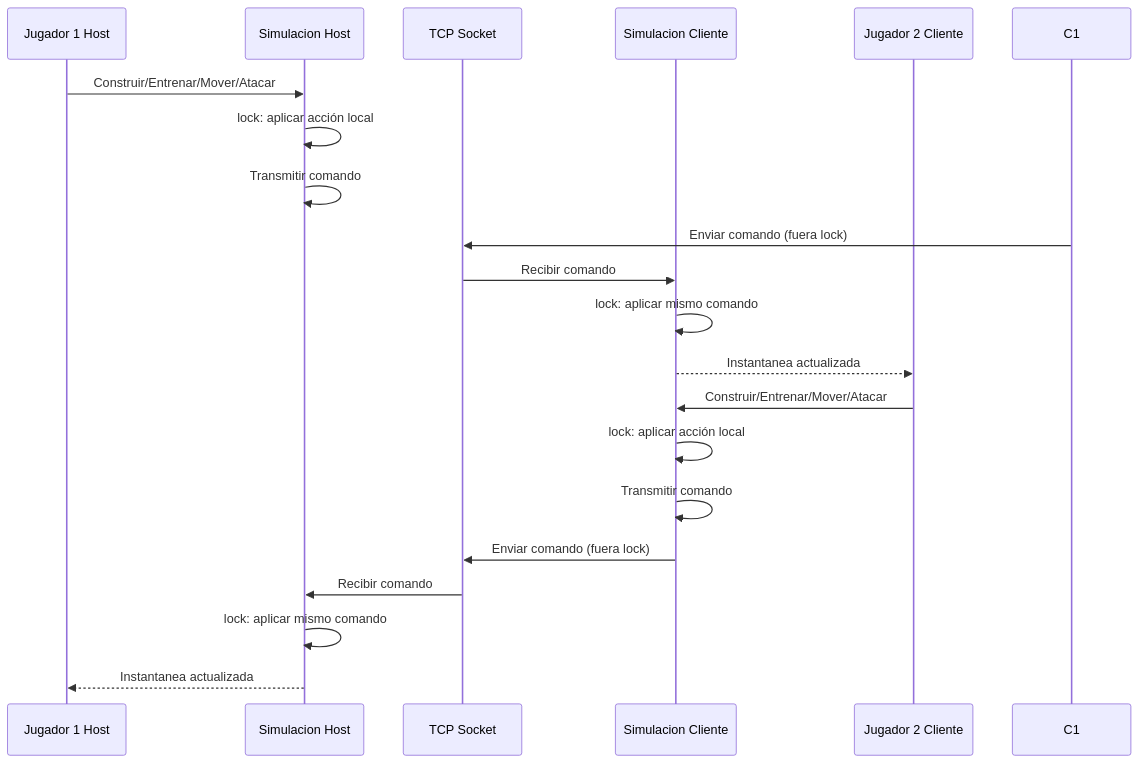
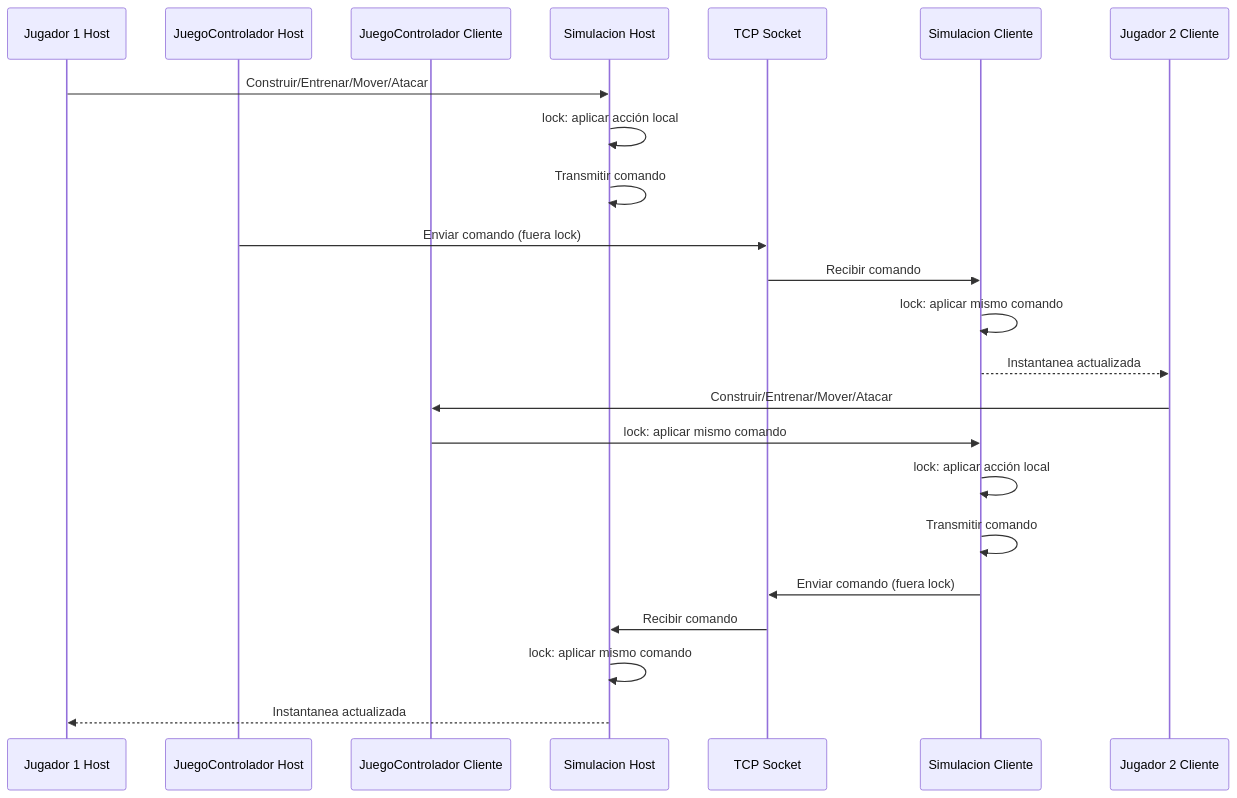
One commit to bardock7238/RTS-Academico changed diagram 17 of 19 in DOCUMENTACION.md. Above: the diagram before and after it, drawn with Mermaid. The commit also changed other lines of this file and 1 other file, not shown here.

````diff
--- a/DOCUMENTACION.md
+++ b/DOCUMENTACION.md
@@ -1160,23 +1170,26 @@
 ```mermaid
 sequenceDiagram
     participant J1 as Jugador 1 Host
+    participant C1 as JuegoControlador Host
+    participant C2 as JuegoControlador Cliente
     participant S1 as Simulacion Host
     participant TCP as TCP Socket
     participant S2 as Simulacion Cliente
     participant J2 as Jugador 2 Cliente
 
     J1->>S1: Construir/Entrenar/Mover/Atacar
     S1->>S1: lock: aplicar acción local
     S1->>S1: Transmitir comando
     C1->>TCP: Enviar comando (fuera lock)
     TCP->>S2: Recibir comando
     S2->>S2: lock: aplicar mismo comando
     S2-->>J2: Instantanea actualizada
-    J2->>S2: Construir/Entrenar/Mover/Atacar
+    J2->>C2: Construir/Entrenar/Mover/Atacar
+    C2->>S2: lock: aplicar mismo comando
     S2->>S2: lock: aplicar acción local
     S2->>S2: Transmitir comando
     S2->>TCP: Enviar comando (fuera lock)
     TCP->>S1: Recibir comando
     S1->>S1: lock: aplicar mismo comando
     S1-->>J1: Instantanea actualizada
 ```
````
